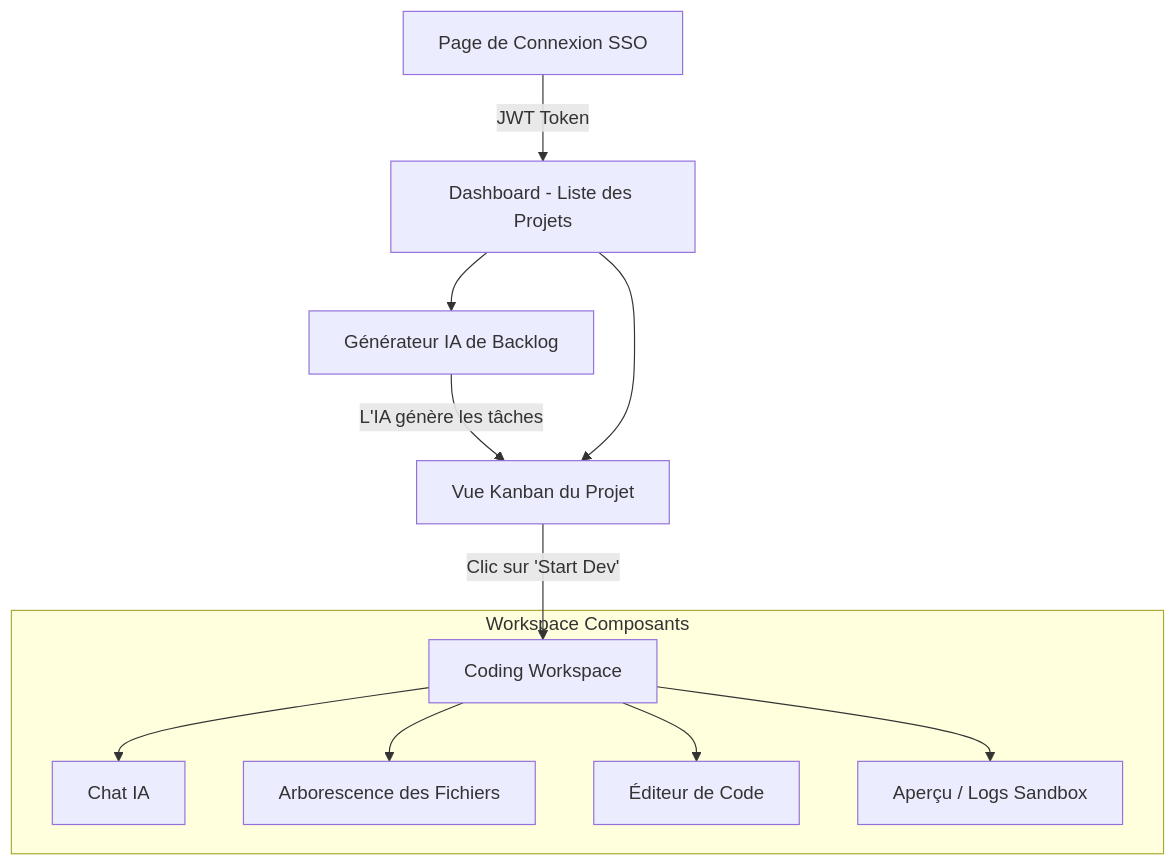
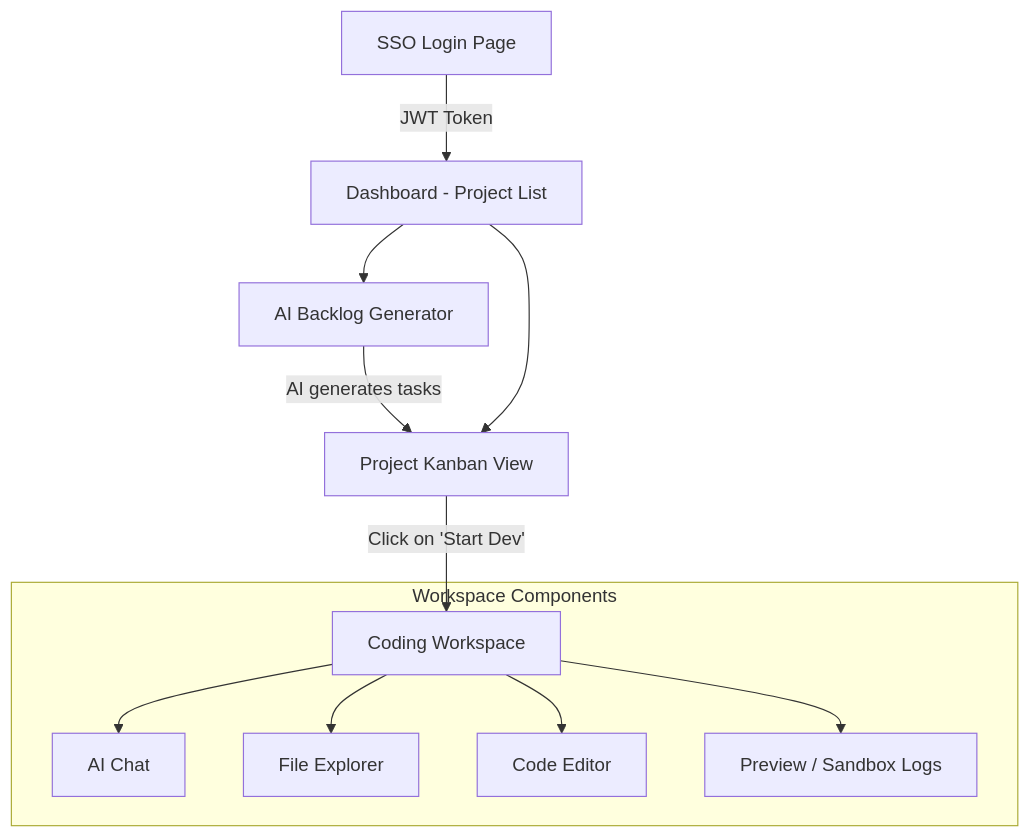
Before and after one commit to ABDELALIKHOLTY/TeraSprint: the first of 2 diagrams in frontend/README.md, drawn with Mermaid. The commit also changed other lines of this file and 2 other files, not shown here.

````diff
--- a/frontend/README.md
+++ b/frontend/README.md
@@ -21,23 +21,23 @@
 ```mermaid
 graph TD
-    Auth[Page de Connexion SSO] -->|JWT Token| Dashboard[Dashboard - Liste des Projets]
+    Auth[SSO Login Page] -->|JWT Token| Dashboard[Dashboard - Project List]
     
-    Dashboard --> CreateProject[Générateur IA de Backlog]
-    CreateProject -->|L'IA génère les tâches| Kanban[Vue Kanban du Projet]
+    Dashboard --> CreateProject[AI Backlog Generator]
+    CreateProject -->|AI generates tasks| Kanban[Project Kanban View]
     
     Dashboard --> Kanban
     
-    Kanban -->|Clic sur 'Start Dev'| Workspace[Coding Workspace]
+    Kanban -->|Click on 'Start Dev'| Workspace[Coding Workspace]
     
-    subgraph Workspace Composants
-        Chat[Chat IA]
-        FileTree[Arborescence des Fichiers]
-        Editor[Éditeur de Code]
-        Preview[Aperçu / Logs Sandbox]
+    subgraph Workspace Components
+        Chat[AI Chat]
+        FileTree[File Explorer]
+        Editor[Code Editor]
+        Preview[Preview / Sandbox Logs]
         
         Workspace --> Chat
         Workspace --> FileTree
         Workspace --> Editor
         Workspace --> Preview
     end
 ```
````
